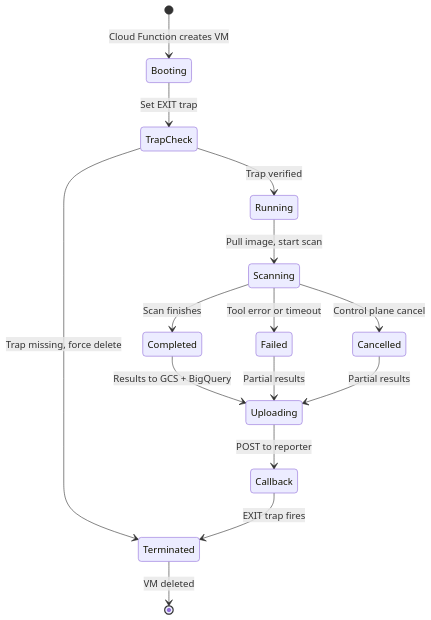
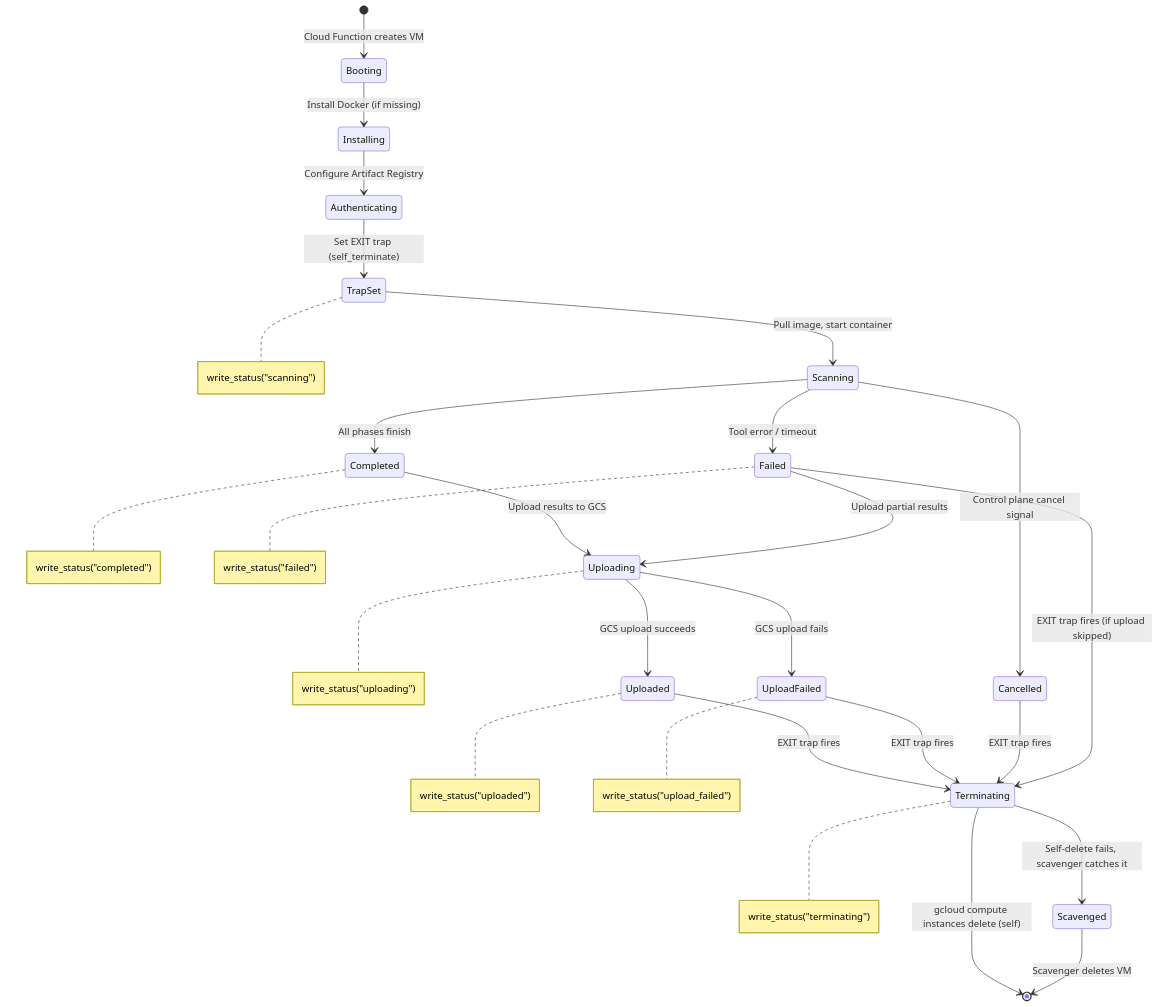
One commit to Peregrine-Technology-Systems/peregrine-penetrator-scanner changed the eighth of 24 diagrams in docs/ARCHITECTURE.md. Above: the diagram before and after it, drawn with Mermaid. The commit also changed other lines of this file and 1 other file, not shown here.

Commit message:
docs: comprehensive architecture documentation with Mermaid diagrams (#621)

````diff
--- a/docs/ARCHITECTURE.md
+++ b/docs/ARCHITECTURE.md
@@ -101,20 +334,40 @@
 ```mermaid
 stateDiagram-v2
     [*] --> Booting: Cloud Function creates VM
-    Booting --> TrapCheck: Set EXIT trap
-    TrapCheck --> Running: Trap verified
-    TrapCheck --> Terminated: Trap missing, force delete
 
-    Running --> Scanning: Pull image, start scan
-    Scanning --> Completed: Scan finishes
-    Scanning --> Failed: Tool error or timeout
-    Scanning --> Cancelled: Control plane cancel
+    Booting --> Installing: Install Docker (if missing)
+    Installing --> Authenticating: Configure Artifact Registry
+    Authenticating --> TrapSet: Set EXIT trap (self_terminate)
 
-    Completed --> Uploading: Results to GCS + BigQuery
-    Failed --> Uploading: Partial results
-    Cancelled --> Uploading: Partial results
+    TrapSet --> Scanning: Pull image, start container
+    note right of TrapSet: write_status("scanning")
 
-    Uploading --> Callback: POST to reporter
-    Callback --> Terminated: EXIT trap fires
-    Terminated --> [*]: VM deleted
+    Scanning --> Completed: All phases finish
+    Scanning --> Failed: Tool error / timeout
+    Scanning --> Cancelled: Control plane cancel signal
+
+    note right of Completed: write_status("completed")
+    note right of Failed: write_status("failed")
+
+    Completed --> Uploading: Upload results to GCS
+    Failed --> Uploading: Upload partial results
+
+    note right of Uploading: write_status("uploading")
+
+    Uploading --> Uploaded: GCS upload succeeds
+    Uploading --> UploadFailed: GCS upload fails
+
+    note right of Uploaded: write_status("uploaded")
+    note right of UploadFailed: write_status("upload_failed")
+
+    Uploaded --> Terminating: EXIT trap fires
+    UploadFailed --> Terminating: EXIT trap fires
+    Cancelled --> Terminating: EXIT trap fires
+    Failed --> Terminating: EXIT trap fires (if upload skipped)
+
+    note right of Terminating: write_status("terminating")
+
+    Terminating --> [*]: gcloud compute instances delete (self)
+    Terminating --> Scavenged: Self-delete fails, scavenger catches it
+    Scavenged --> [*]: Scavenger deletes VM
 ```
````
